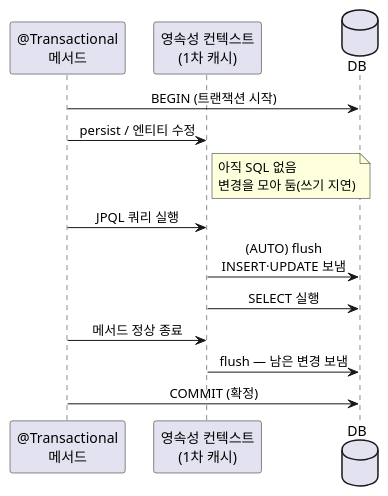
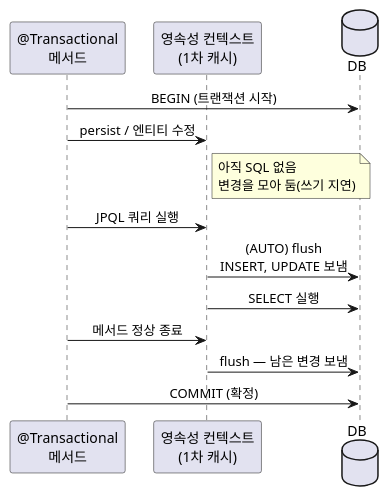
Before and after one commit to johnycho/johny-dev: the diagram in blog/2026-10-23-jpa-hibernate-flush-commit-rollback-timing.mdx, drawn with PlantUML. The commit also changed other lines of this file and 188 other files, not shown here.

````diff
--- a/blog/2026-10-23-jpa-hibernate-flush-commit-rollback-timing.mdx
+++ b/blog/2026-10-23-jpa-hibernate-flush-commit-rollback-timing.mdx
@@ -41,20 +41,20 @@
 ```plantuml
 @startuml
 skinparam shadowing false
 skinparam defaultFontName sans-serif
 skinparam sequenceMessageAlign center
 participant "@Transactional\n메서드" as M
 participant "영속성 컨텍스트\n(1차 캐시)" as PC
 database DB
 
 M -> DB : BEGIN (트랜잭션 시작)
 M -> PC : persist / 엔티티 수정
 note right of PC : 아직 SQL 없음\n변경을 모아 둠(쓰기 지연)
 M -> PC : JPQL 쿼리 실행
-PC -> DB : (AUTO) flush\nINSERT·UPDATE 보냄
+PC -> DB : (AUTO) flush\nINSERT, UPDATE 보냄
 PC -> DB : SELECT 실행
 M -> PC : 메서드 정상 종료
 PC -> DB : flush — 남은 변경 보냄
 M -> DB : COMMIT (확정)
 @enduml
 ```
````
